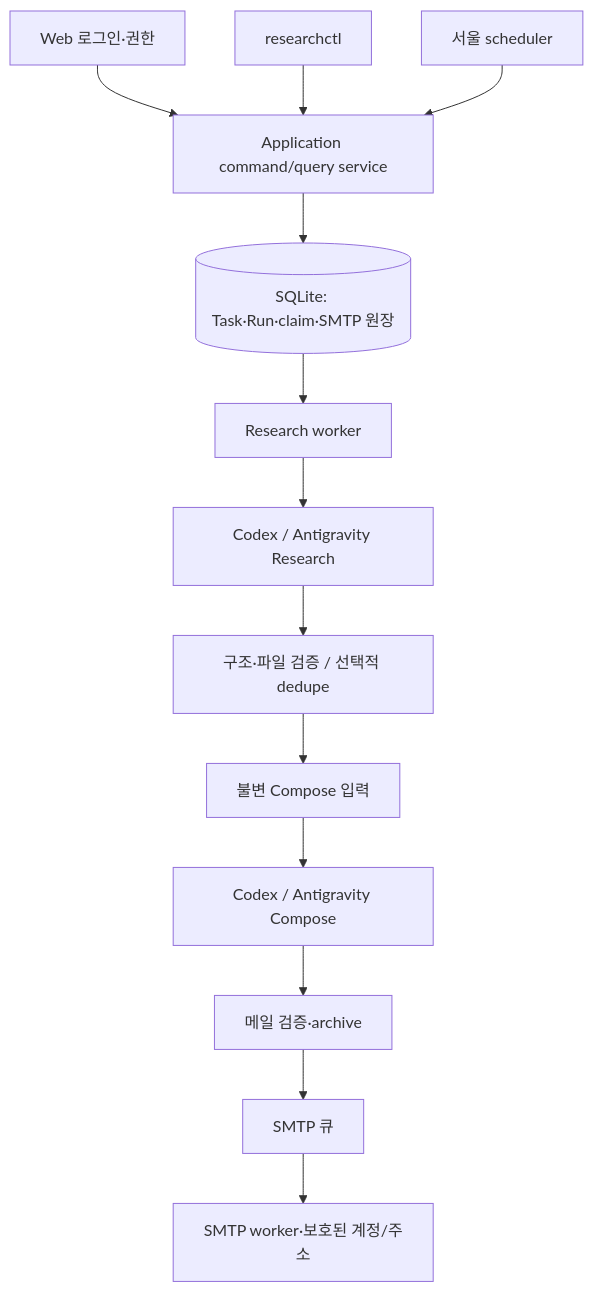
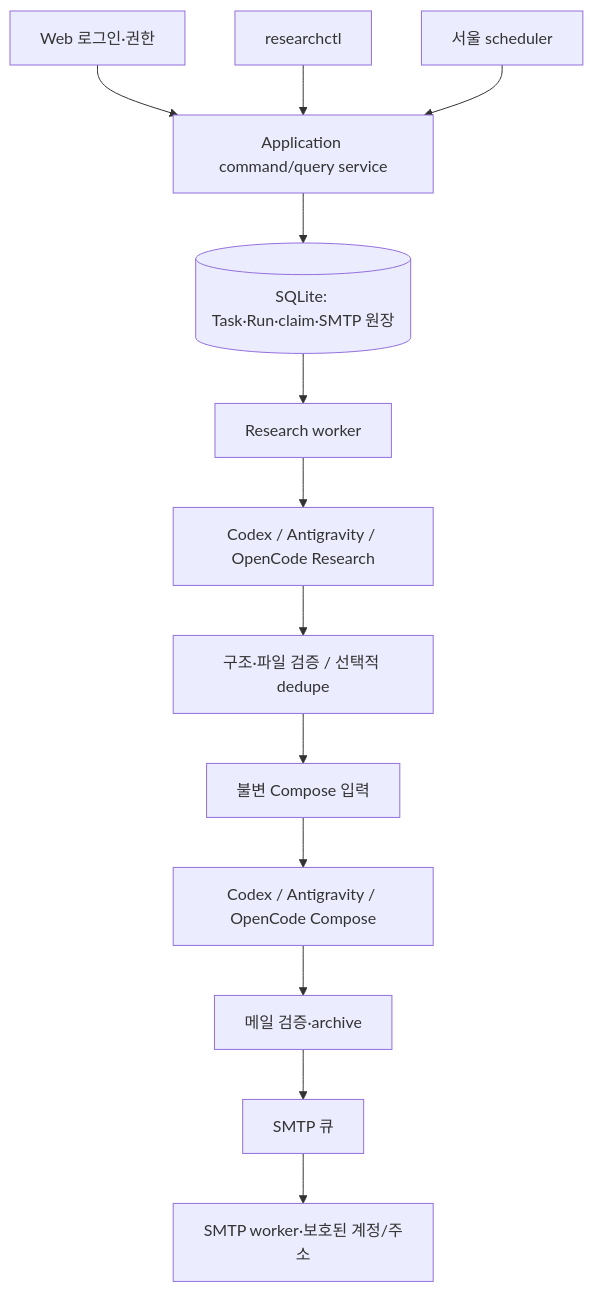
The diagram in docs/03_ARCHITECTURE.md (Kanu-Coffee/research-ops-automation), drawn with Mermaid before and after one commit. The commit also changed 76 other files, not shown here.

Commit message:
feat: release v1.0.2 with OpenCode and task image generation

````diff
--- a/docs/03_ARCHITECTURE.md
+++ b/docs/03_ARCHITECTURE.md
@@ -3,15 +3,15 @@
 ```mermaid
 flowchart TD
   Web[Web 로그인·권한] --> App[Application command/query service]
   CLI[researchctl] --> App
   Timer[서울 scheduler] --> App
   App --> DB[(SQLite: Task·Run·claim·SMTP 원장)]
   DB --> Worker[Research worker]
-  Worker --> Research[Codex / Antigravity Research]
+  Worker --> Research[Codex / Antigravity / OpenCode Research]
   Research --> Gate[구조·파일 검증 / 선택적 dedupe]
   Gate --> Input[불변 Compose 입력]
-  Input --> Compose[Codex / Antigravity Compose]
+  Input --> Compose[Codex / Antigravity / OpenCode Compose]
   Compose --> Validate[메일 검증·archive]
   Validate --> Queue[SMTP 큐]
   Queue --> SMTP[SMTP worker·보호된 계정/주소]
 ```
````
